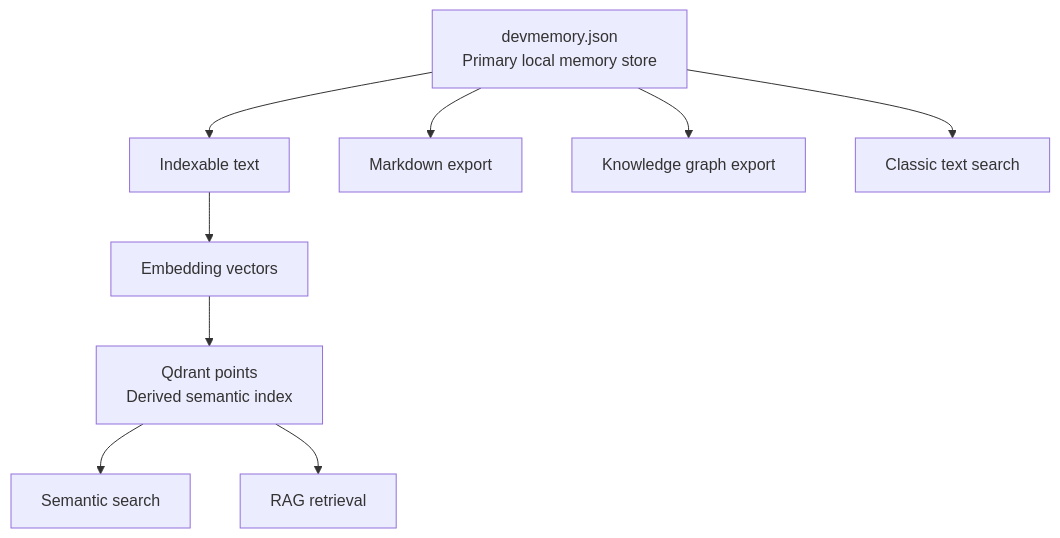
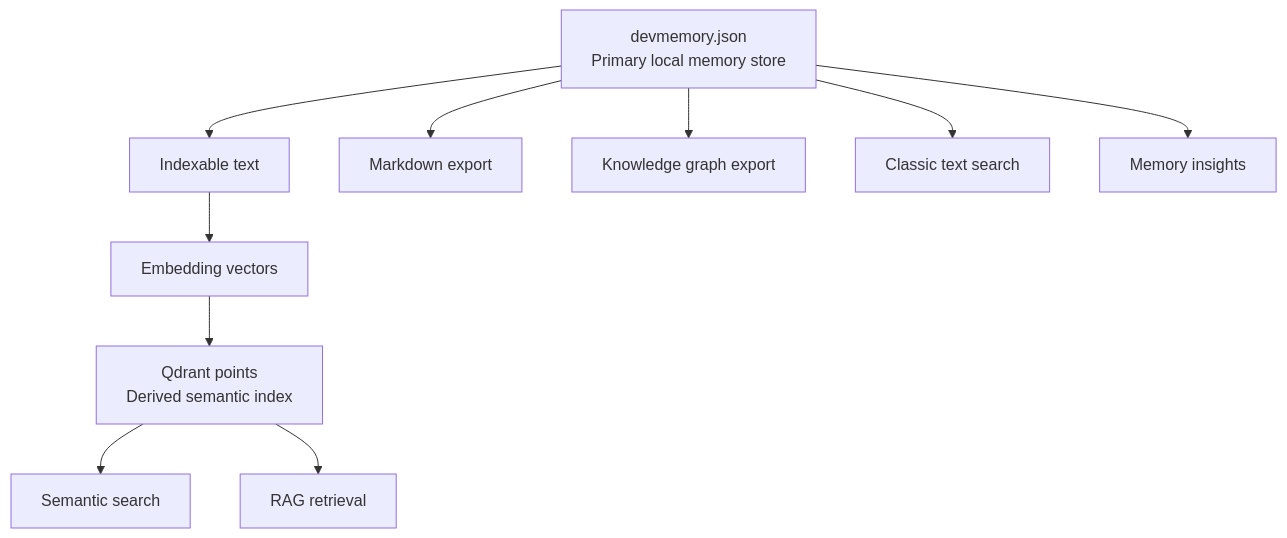
The fourth of 5 diagrams in README.md (FilippoGaravaglia/DevMemory), drawn with Mermaid before and after one commit. The commit also changed other lines of this file and 10 other files, not shown here.

Commit message:
Add memory insights command

````diff
--- a/README.md
+++ b/README.md
@@ -475,13 +481,14 @@
 ```mermaid
 flowchart TD
     A[devmemory.json<br/>Primary local memory store] --> B[Indexable text]
     B --> C[Embedding vectors]
     C --> D[Qdrant points<br/>Derived semantic index]
 
     A --> E[Markdown export]
     A --> F[Knowledge graph export]
     A --> G[Classic text search]
+    A --> H[Memory insights]
 
-    D --> H[Semantic search]
-    D --> I[RAG retrieval]
+    D --> I[Semantic search]
+    D --> J[RAG retrieval]
 ```
````
